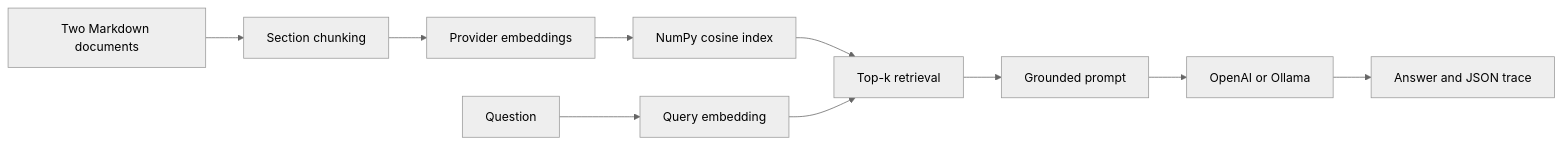
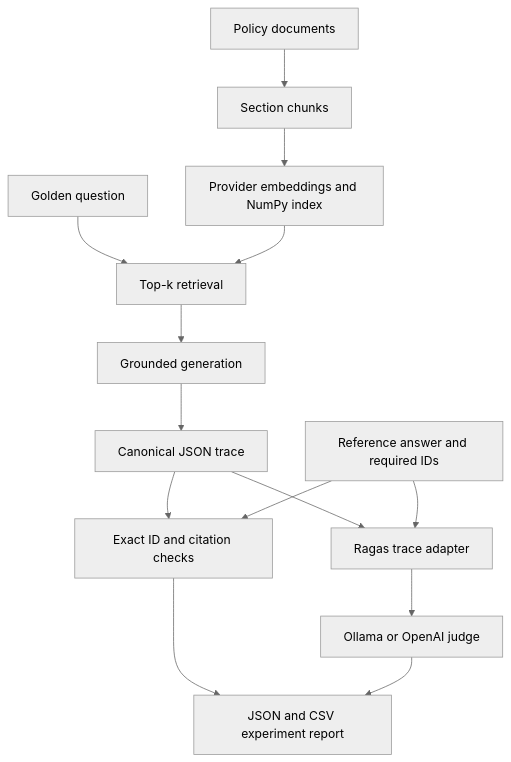
One commit to toni-ramchandani/TTTAspire_Beginners_Training changed the diagram in beginner/RAG_Project/README.md. Above: the diagram before and after it, drawn with Mermaid (neutral theme). The commit also changed other lines of this file and 29 other files, not shown here.

````diff
--- a/beginner/RAG_Project/README.md
+++ b/beginner/RAG_Project/README.md
@@ -9,12 +13,16 @@
 ```mermaid
-flowchart LR
-    A[Two Markdown documents] --> B[Section chunking]
-    B --> C[Provider embeddings]
-    C --> D[NumPy cosine index]
-    Q[Question] --> E[Query embedding]
-    D --> F[Top-k retrieval]
-    E --> F
-    F --> G[Grounded prompt]
-    G --> H[OpenAI or Ollama]
-    H --> I[Answer and JSON trace]
+flowchart TD
+    D[Policy documents] --> C[Section chunks]
+    C --> I[Provider embeddings and NumPy index]
+    Q[Golden question] --> R[Top-k retrieval]
+    I --> R
+    R --> G[Grounded generation]
+    G --> T[Canonical JSON trace]
+    T --> X[Exact ID and citation checks]
+    T --> A[Ragas trace adapter]
+    K[Reference answer and required IDs] --> X
+    K --> A
+    A --> J[Ollama or OpenAI judge]
+    X --> P[JSON and CSV experiment report]
+    J --> P
 ```
````
